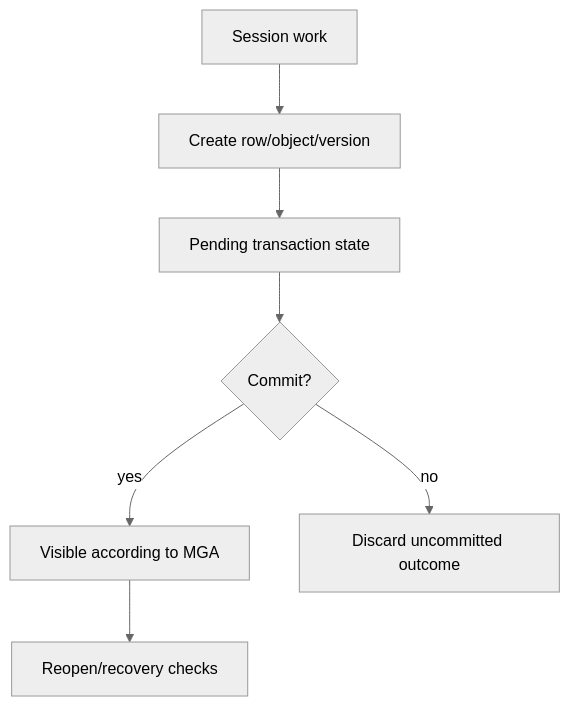
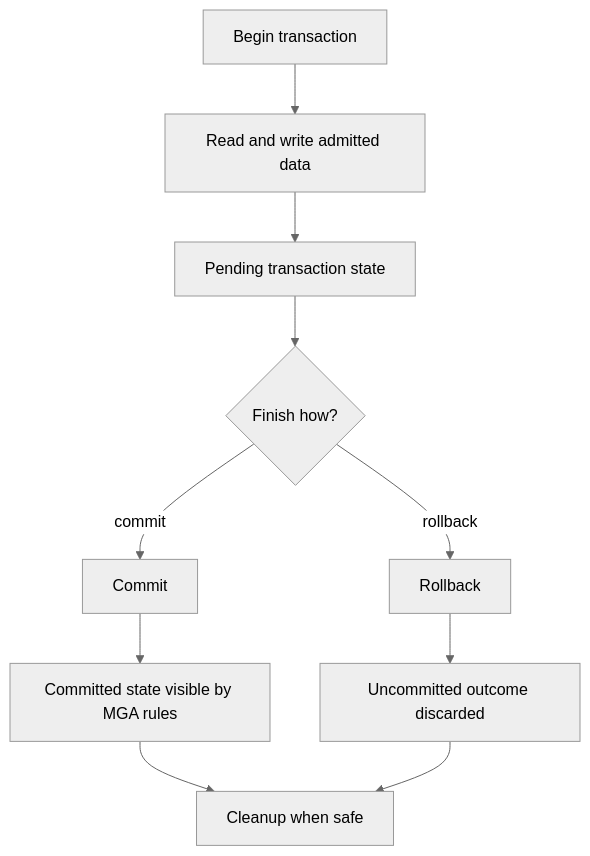
One commit to scratchbird-software-inc/ScratchBird changed the second of 2 diagrams in docs/documentation/draft/Getting_Started/architecture/storage_transactions_and_recovery.md. Above: the diagram before and after it, drawn with Mermaid (neutral theme). The commit also changed other lines of this file and 23 other files, not shown here.

````diff
--- a/docs/documentation/draft/Getting_Started/architecture/storage_transactions_and_recovery.md
+++ b/docs/documentation/draft/Getting_Started/architecture/storage_transactions_and_recovery.md
@@ -25,9 +73,22 @@
 ```mermaid
 flowchart TD
-    Start[Session work] --> Change[Create row/object/version]
-    Change --> Pending[Pending transaction state]
-    Pending --> Commit{Commit?}
-    Commit -- yes --> Durable[Visible according to MGA]
-    Commit -- no --> Rollback[Discard uncommitted outcome]
-    Durable --> Recovery[Reopen/recovery checks]
+    Begin[Begin transaction]
+    Work[Read and write admitted data]
+    Pending[Pending transaction state]
+    Decision{Finish how?}
+    Commit[Commit]
+    Rollback[Rollback]
+    Visible[Committed state visible by MGA rules]
+    Discarded[Uncommitted outcome discarded]
+    Cleanup[Cleanup when safe]
+
+    Begin --> Work
+    Work --> Pending
+    Pending --> Decision
+    Decision -- commit --> Commit
+    Decision -- rollback --> Rollback
+    Commit --> Visible
+    Rollback --> Discarded
+    Visible --> Cleanup
+    Discarded --> Cleanup
 ```
````
